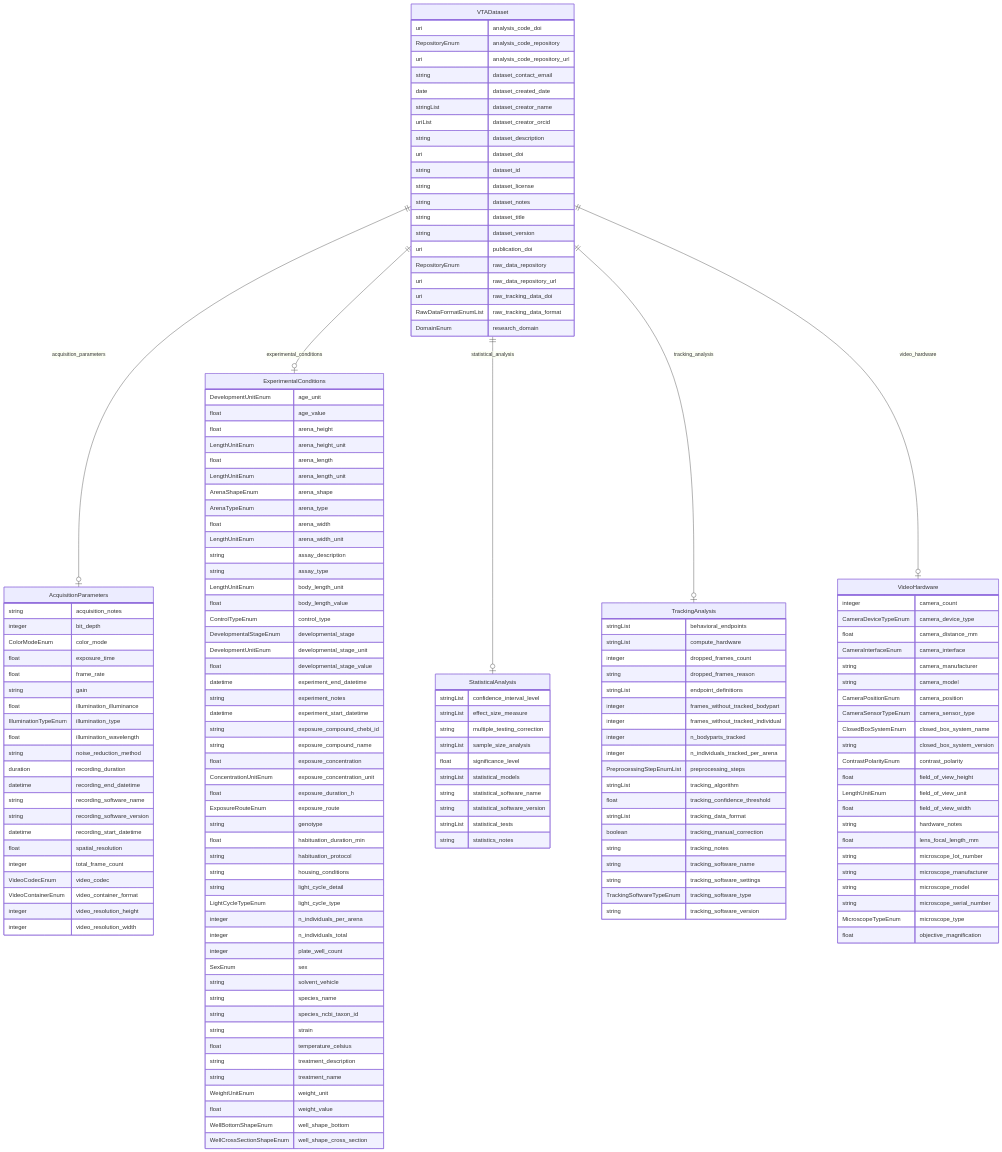
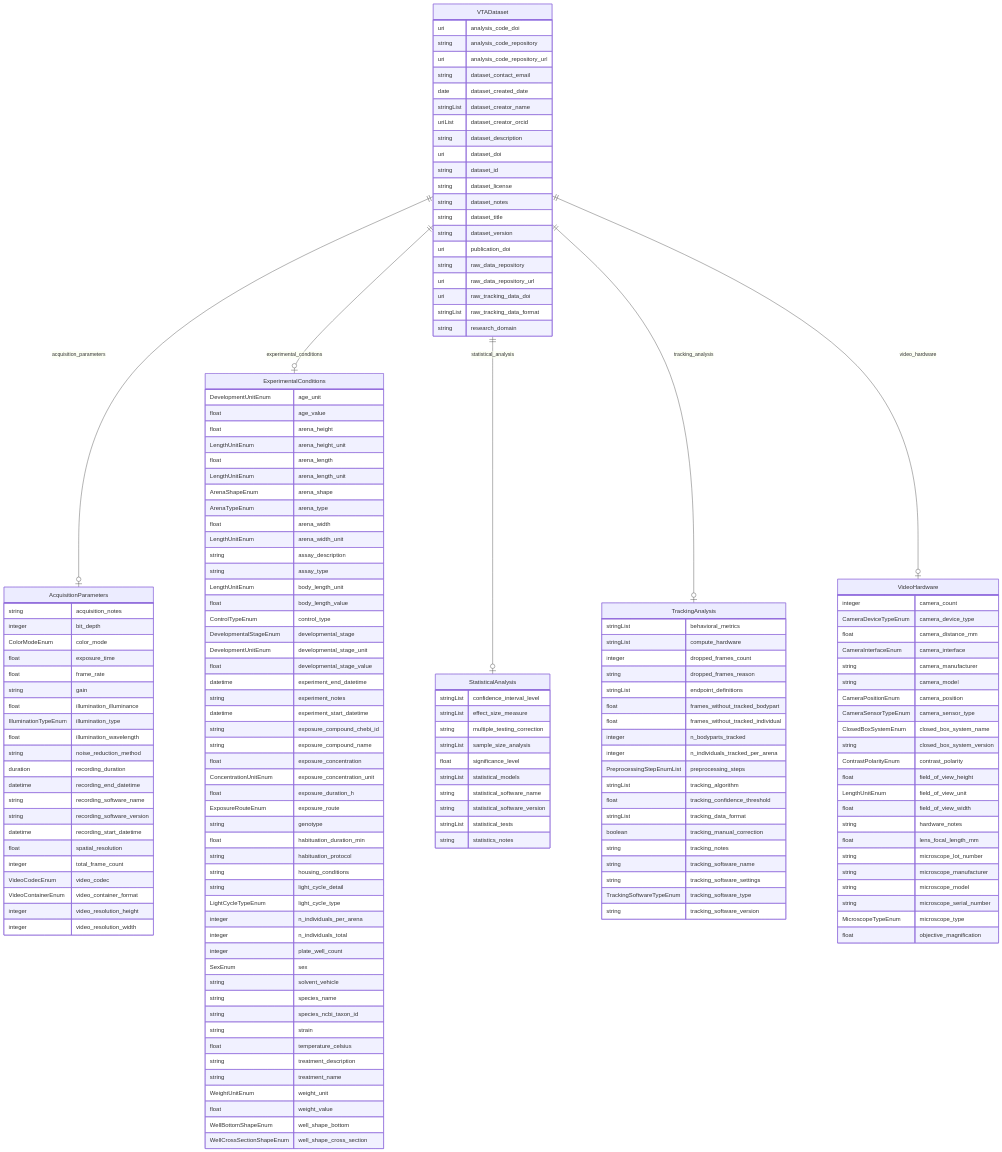
The diagram in diagrams/bestmeta.mmd (Helmholtz-UFZ/BeStMeta), drawn with Mermaid before and after one commit. The commit also changed other lines of this file and 201 other files, not shown here.

````diff
--- a/diagrams/bestmeta.mmd
+++ b/diagrams/bestmeta.mmd
@@ -1,4 +1,4 @@
-
+```mermaid
 erDiagram
 AcquisitionParameters {
     string acquisition_notes  
@@ -86,13 +86,13 @@
     string statistics_notes  
 }
 TrackingAnalysis {
-    stringList behavioral_endpoints  
+    stringList behavioral_metrics  
     stringList compute_hardware  
     integer dropped_frames_count  
     string dropped_frames_reason  
     stringList endpoint_definitions  
-    integer frames_without_tracked_bodypart  
-    integer frames_without_tracked_individual  
+    float frames_without_tracked_bodypart  
+    float frames_without_tracked_individual  
     integer n_bodyparts_tracked  
     integer n_individuals_tracked_per_arena  
     PreprocessingStepEnumList preprocessing_steps  
@@ -108,7 +108,7 @@
 }
 VTADataset {
     uri analysis_code_doi  
-    RepositoryEnum analysis_code_repository  
+    string analysis_code_repository  
     uri analysis_code_repository_url  
     string dataset_contact_email  
     date dataset_created_date  
@@ -122,11 +122,11 @@
     string dataset_title  
     string dataset_version  
     uri publication_doi  
-    RepositoryEnum raw_data_repository  
+    string raw_data_repository  
     uri raw_data_repository_url  
     uri raw_tracking_data_doi  
-    RawDataFormatEnumList raw_tracking_data_format  
-    DomainEnum research_domain  
+    stringList raw_tracking_data_format  
+    string research_domain  
 }
 VideoHardware {
     integer camera_count  
@@ -158,3 +158,5 @@
 VTADataset ||--|o StatisticalAnalysis : "statistical_analysis"
 VTADataset ||--|o TrackingAnalysis : "tracking_analysis"
 VTADataset ||--|o VideoHardware : "video_hardware"
+
+```
````
